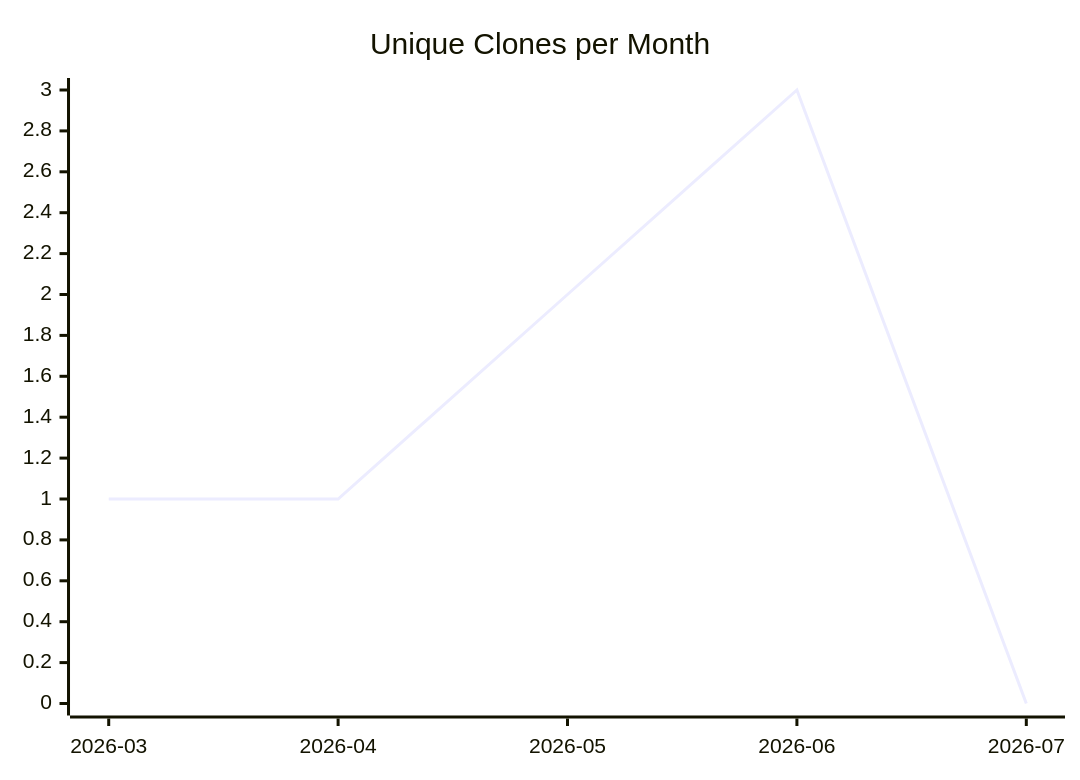
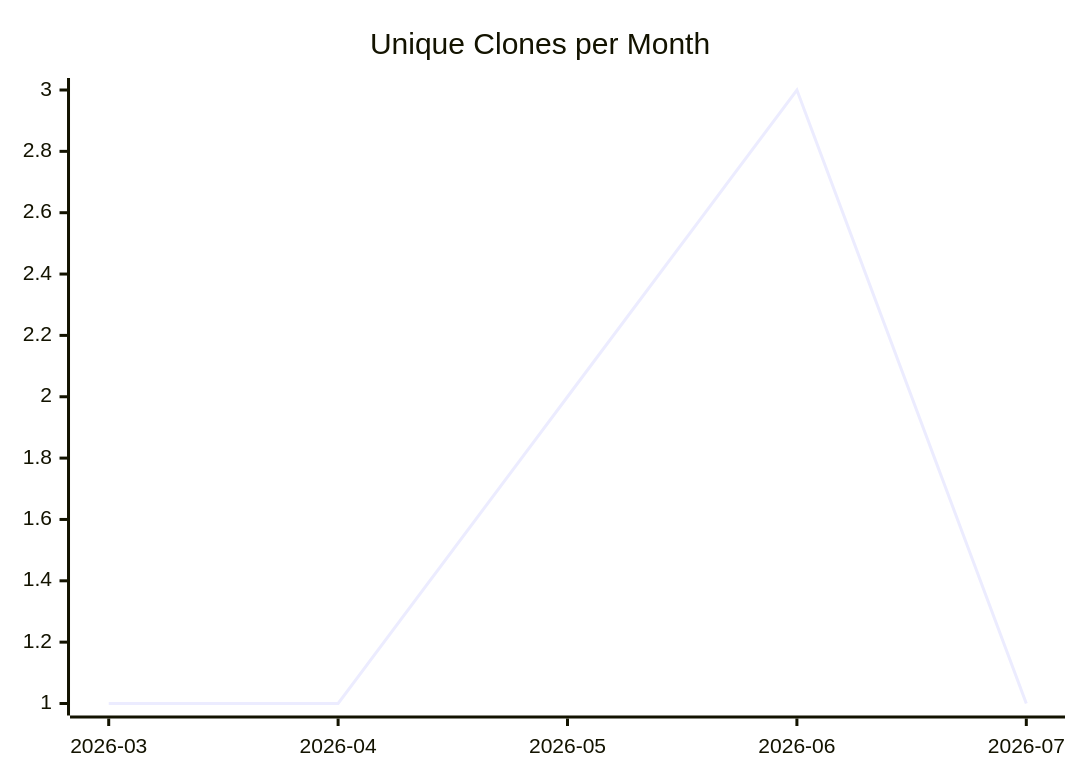
The third of 3 diagrams in karlmdavis/ansible-role-acmetool/README.md (justdavis-family/github-analytics-data), drawn with Mermaid before and after one commit. The commit also changed other lines of this file and 184 other files, not shown here.

````diff
--- a/karlmdavis/ansible-role-acmetool/README.md
+++ b/karlmdavis/ansible-role-acmetool/README.md
@@ -19,6 +19,6 @@
 ```mermaid
 xychart-beta
   title "Unique Clones per Month"
   x-axis ["2026-03", "2026-04", "2026-05", "2026-06", "2026-07"]
-  line [1, 1, 2, 3, 0]
+  line [1, 1, 2, 3, 1]
 ```
````
